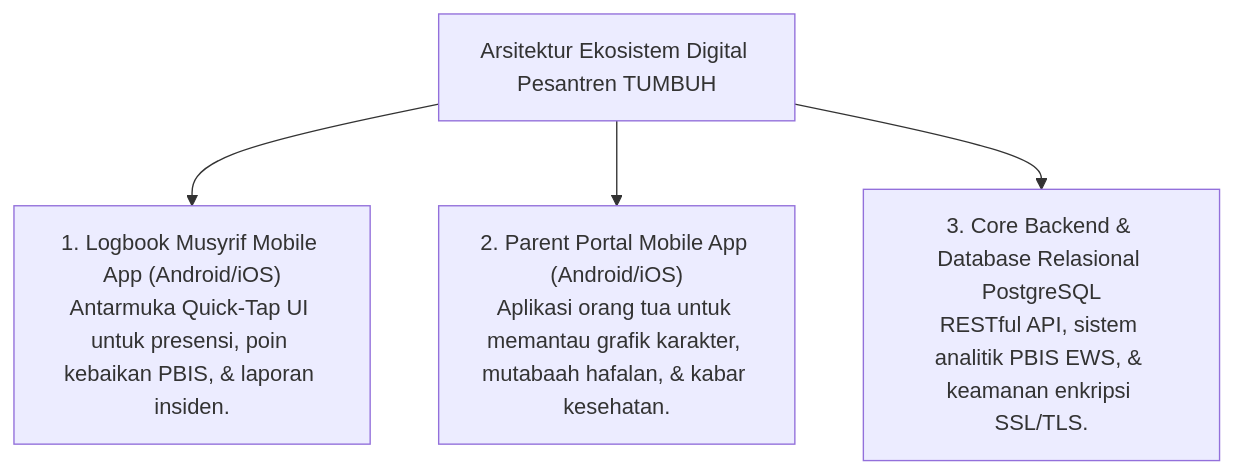
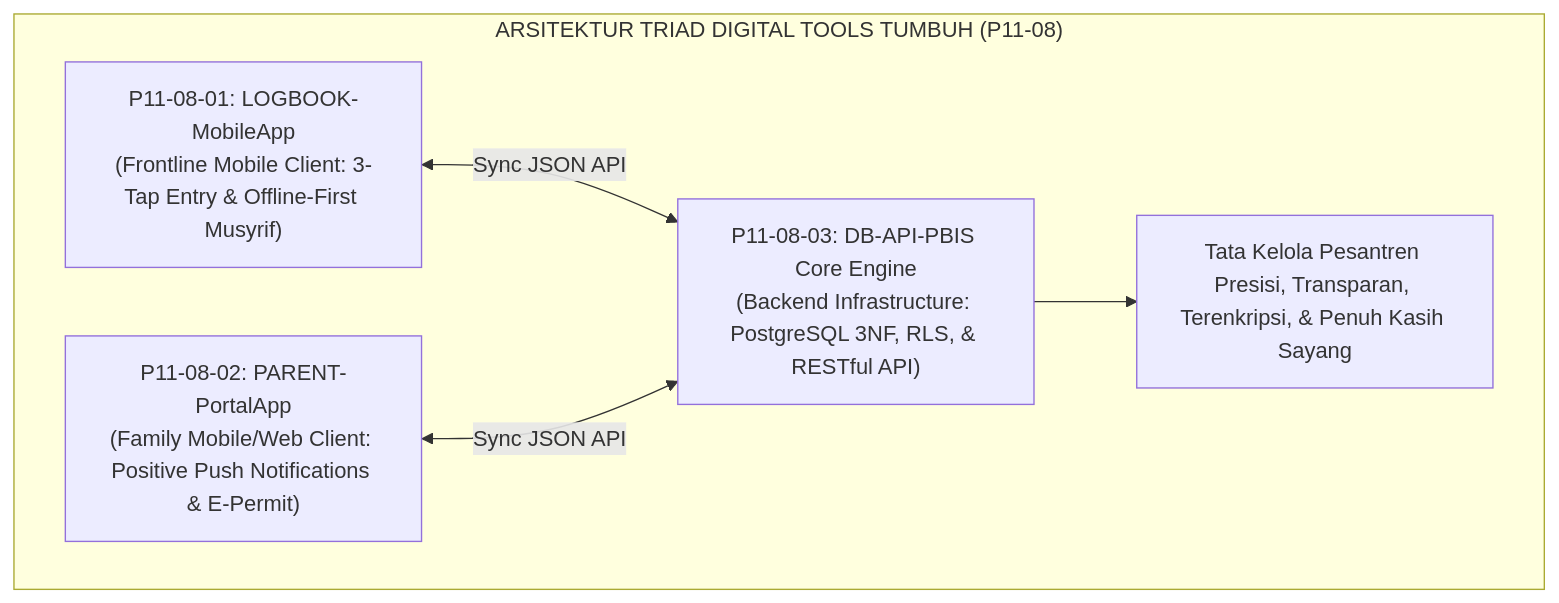
One commit to wandiapriliyandi/tumbuh changed the first of 2 diagrams in 11 Tools/08 Digital Tools/P11-08-Arsitektur-Perangkat-Digital-PBIS.md. Above: the diagram before and after it, drawn with Mermaid. The commit also changed other lines of this file and 3 other files, not shown here.

Commit message:
docs: finalize Sub-Domain 11-08 Digital Tools monographs (P11-08-01, P11-08-02, P11-08-03, P11-08)

````diff
--- a/11 Tools/08 Digital Tools/P11-08-Arsitektur-Perangkat-Digital-PBIS.md
+++ b/11 Tools/08 Digital Tools/P11-08-Arsitektur-Perangkat-Digital-PBIS.md
@@ -14,7 +18,12 @@
 ```mermaid
 graph TD
-    DigitalSystemArch["Arsitektur Ekosistem Digital Pesantren TUMBUH"]
-    DigitalSystemArch --> MusyrifApp["1. Logbook Musyrif Mobile App (Android/iOS)<br/>Antarmuka Quick-Tap UI untuk presensi, poin kebaikan PBIS, & laporan insiden."]
-    DigitalSystemArch --> ParentApp["2. Parent Portal Mobile App (Android/iOS)<br/>Aplikasi orang tua untuk memantau grafik karakter, mutabaah hafalan, & kabar kesehatan."]
-    DigitalSystemArch --> BackendCore["3. Core Backend & Database Relasional PostgreSQL<br/>RESTful API, sistem analitik PBIS EWS, & keamanan enkripsi SSL/TLS."]
+    subgraph TriadDigitalPBIS["ARSITEKTUR TRIAD DIGITAL TOOLS TUMBUH (P11-08)"]
+        D1["P11-08-01: LOGBOOK-MobileApp<br/>(Frontline Mobile Client: 3-Tap Entry & Offline-First Musyrif)"]
+        D2["P11-08-02: PARENT-PortalApp<br/>(Family Mobile/Web Client: Positive Push Notifications & E-Permit)"]
+        D3["P11-08-03: DB-API-PBIS Core Engine<br/>(Backend Infrastructure: PostgreSQL 3NF, RLS, & RESTful API)"]
+        
+        D1 <-->|Sync JSON API| D3
+        D2 <-->|Sync JSON API| D3
+        D3 --> Hasil["Tata Kelola Pesantren Presisi, Transparan, Terenkripsi, & Penuh Kasih Sayang"]
+    end
 ```
````
